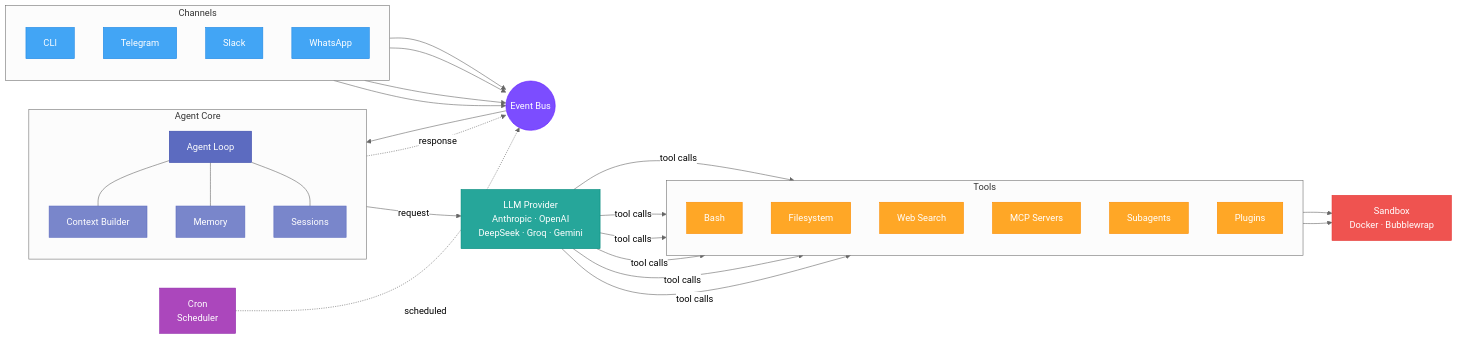
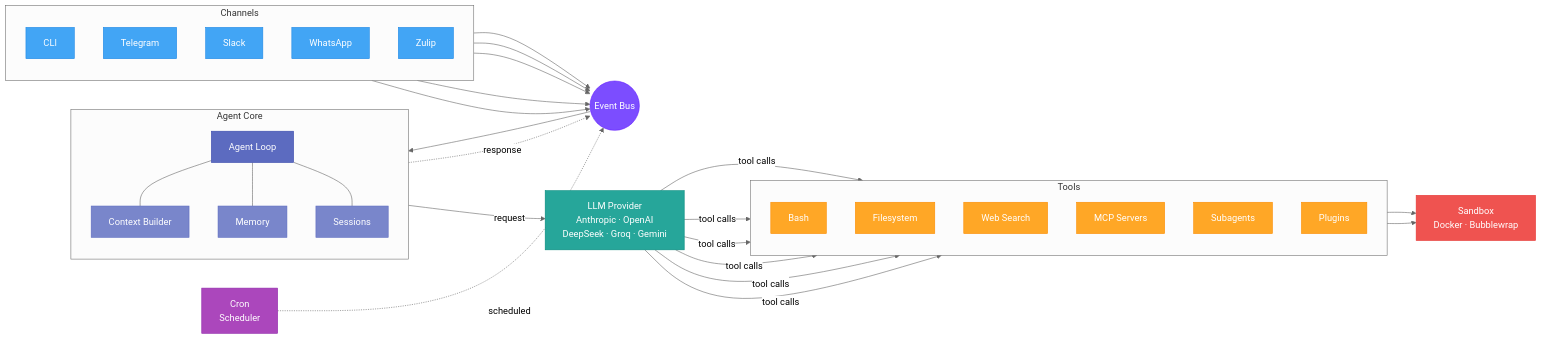
The first of 2 diagrams in docs/architecture.md (crystal-autobot/autobot), drawn with Mermaid (neutral theme) before and after one commit. The commit also changed other lines of this file and 11 other files, not shown here.

````diff
--- a/docs/architecture.md
+++ b/docs/architecture.md
@@ -7,63 +7,65 @@
 ```mermaid
 graph LR
     subgraph Channels["Channels"]
         direction TB
         CLI[CLI]
         TG[Telegram]
         SL[Slack]
         WA[WhatsApp]
+        ZP[Zulip]
     end
 
     BUS((Event Bus))
 
     subgraph Agent["Agent Core"]
         direction TB
         LOOP[Agent Loop]
         CTX[Context Builder]
         MEM[Memory]
         SESS[Sessions]
     end
 
     LLM[LLM Provider\nAnthropic · OpenAI\nDeepSeek · Groq · Gemini]
 
     subgraph Tools["Tools"]
         direction TB
         BASH[Bash]
         FS[Filesystem]
         WEB[Web Search]
         MCP[MCP Servers]
         SPAWN[Subagents]
         PLG[Plugins]
     end
 
     SAND[Sandbox\nDocker · Bubblewrap]
     CRON[Cron\nScheduler]
 
-    CLI & TG & SL & WA --> BUS
+    CLI & TG & SL & WA & ZP --> BUS
     CRON -.->|scheduled| BUS
     BUS --> LOOP
     LOOP --- CTX & MEM & SESS
     LOOP -->|request| LLM
     LLM -->|tool calls| BASH & FS & WEB & MCP & SPAWN & PLG
     BASH & FS --> SAND
     LOOP -.->|response| BUS
 
     style BUS fill:#7c4dff,stroke:#651fff,color:#fff
     style LOOP fill:#5c6bc0,stroke:#3949ab,color:#fff
     style CTX fill:#7986cb,stroke:#5c6bc0,color:#fff
     style MEM fill:#7986cb,stroke:#5c6bc0,color:#fff
     style SESS fill:#7986cb,stroke:#5c6bc0,color:#fff
     style LLM fill:#26a69a,stroke:#00897b,color:#fff
     style CLI fill:#42a5f5,stroke:#1e88e5,color:#fff
     style TG fill:#42a5f5,stroke:#1e88e5,color:#fff
     style SL fill:#42a5f5,stroke:#1e88e5,color:#fff
     style WA fill:#42a5f5,stroke:#1e88e5,color:#fff
+    style ZP fill:#42a5f5,stroke:#1e88e5,color:#fff
     style BASH fill:#ffa726,stroke:#fb8c00,color:#fff
     style FS fill:#ffa726,stroke:#fb8c00,color:#fff
     style WEB fill:#ffa726,stroke:#fb8c00,color:#fff
     style MCP fill:#ffa726,stroke:#fb8c00,color:#fff
     style SPAWN fill:#ffa726,stroke:#fb8c00,color:#fff
     style PLG fill:#ffa726,stroke:#fb8c00,color:#fff
     style SAND fill:#ef5350,stroke:#e53935,color:#fff
     style CRON fill:#ab47bc,stroke:#8e24aa,color:#fff
 ```
````
